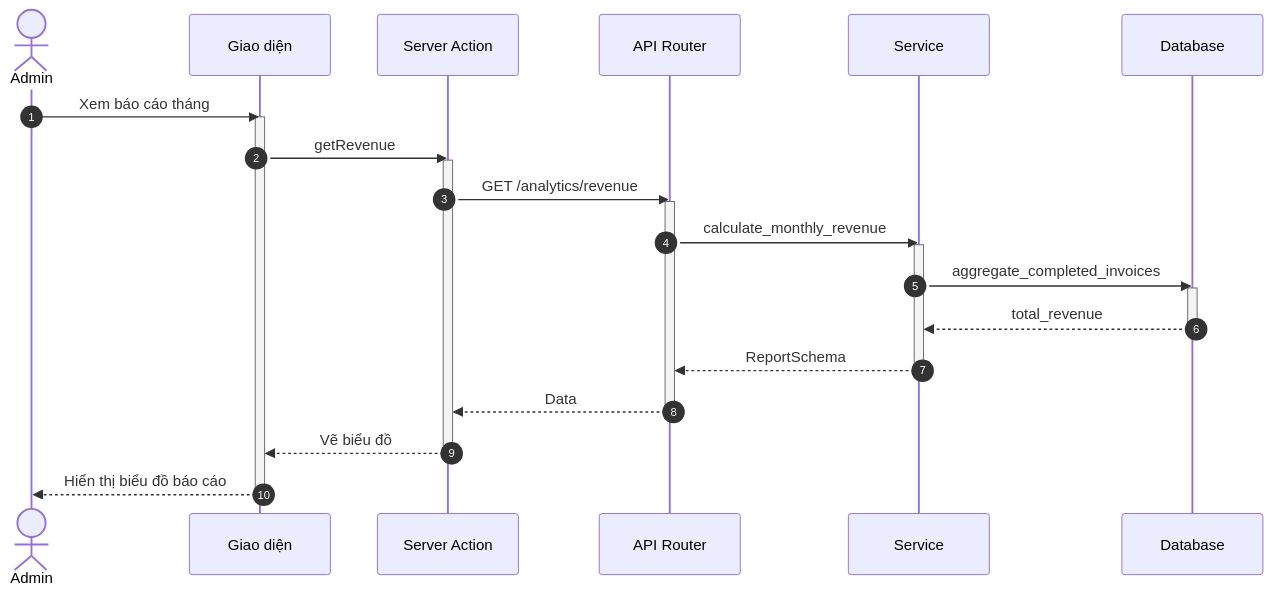
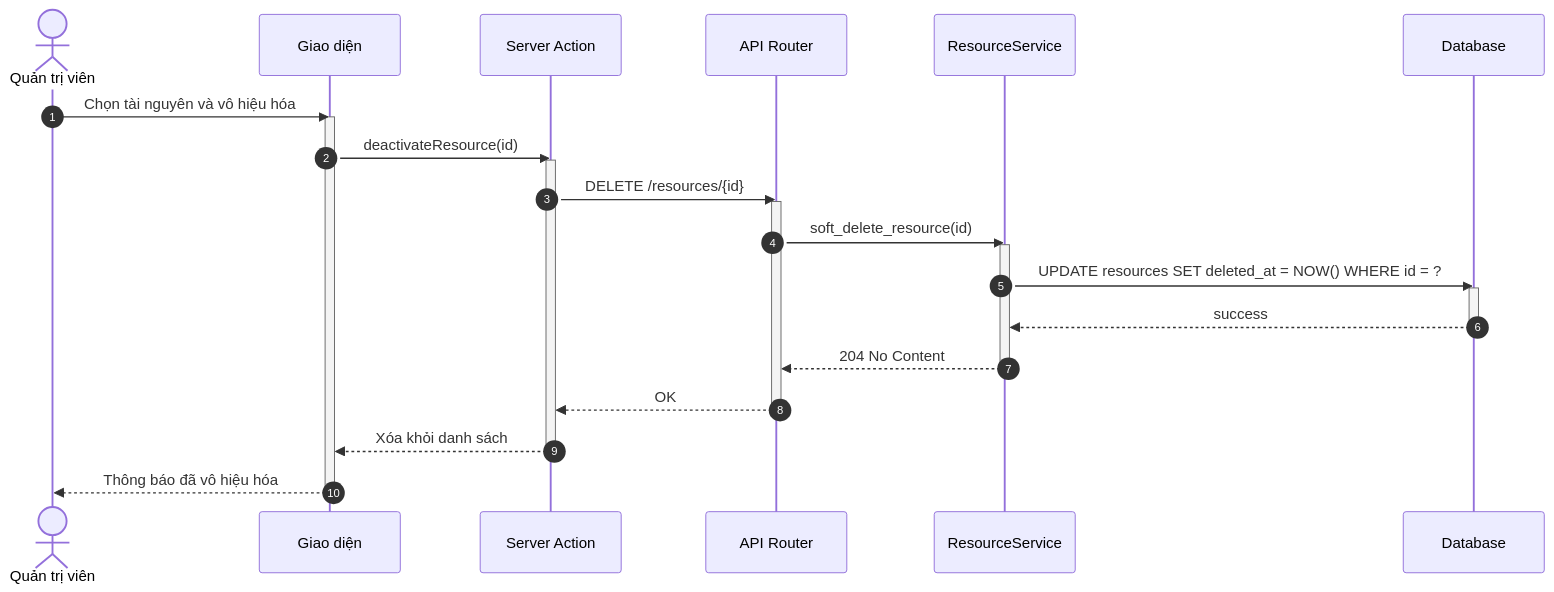
Before and after one commit to ngoctinn/Synapse: the fourth of 5 diagrams in docs/design/sequences/admin_flows.md, drawn with Mermaid. The commit also changed other lines of this file and 11 other files, not shown here.

Commit message:
docs: Add initial design documentation, including architecture, UI, use cases, and detailed sequence diagrams for various user flows.

````diff
--- a/docs/design/sequences/admin_flows.md
+++ b/docs/design/sequences/admin_flows.md
@@ -168,38 +160,38 @@
 ```mermaid
 sequenceDiagram
     autonumber
-    actor AD as Admin
+    actor QTV as Quản trị viên
     participant UI as Giao diện
     participant BFF as Server Action
     participant API as API Router
-    participant S as Service
+    participant S as ResourceService
     participant DB as Database
 
-    AD->>UI: Xem báo cáo tháng
+    QTV->>UI: Chọn tài nguyên và vô hiệu hóa
     activate UI
-    UI->>BFF: getRevenue
+    UI->>BFF: deactivateResource(id)
     activate BFF
 
-    BFF->>API: GET /analytics/revenue
+    BFF->>API: DELETE /resources/{id}
     activate API
 
-    API->>S: calculate_monthly_revenue
+    API->>S: soft_delete_resource(id)
     activate S
 
-    S->>DB: aggregate_completed_invoices
+    S->>DB: UPDATE resources SET deleted_at = NOW() WHERE id = ?
     activate DB
-    DB-->>S: total_revenue
+    DB-->>S: success
     deactivate DB
 
-    S-->>API: ReportSchema
+    S-->>API: 204 No Content
     deactivate S
 
-    API-->>BFF: Data
+    API-->>BFF: OK
     deactivate API
 
-    BFF-->>UI: Vẽ biểu đồ
+    BFF-->>UI: Xóa khỏi danh sách
     deactivate BFF
 
-    UI-->>AD: Hiển thị biểu đồ báo cáo
+    UI-->>QTV: Thông báo đã vô hiệu hóa
     deactivate UI
 ```
````
